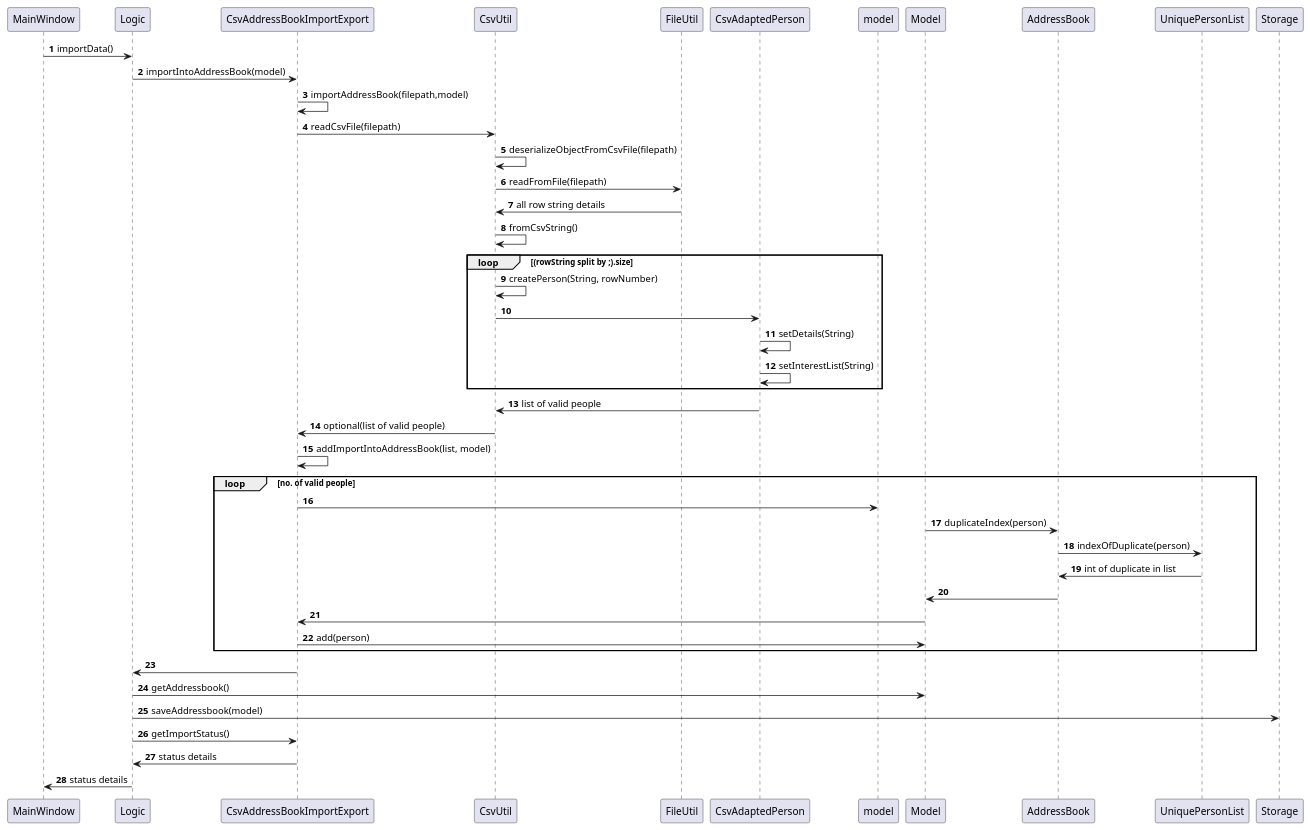
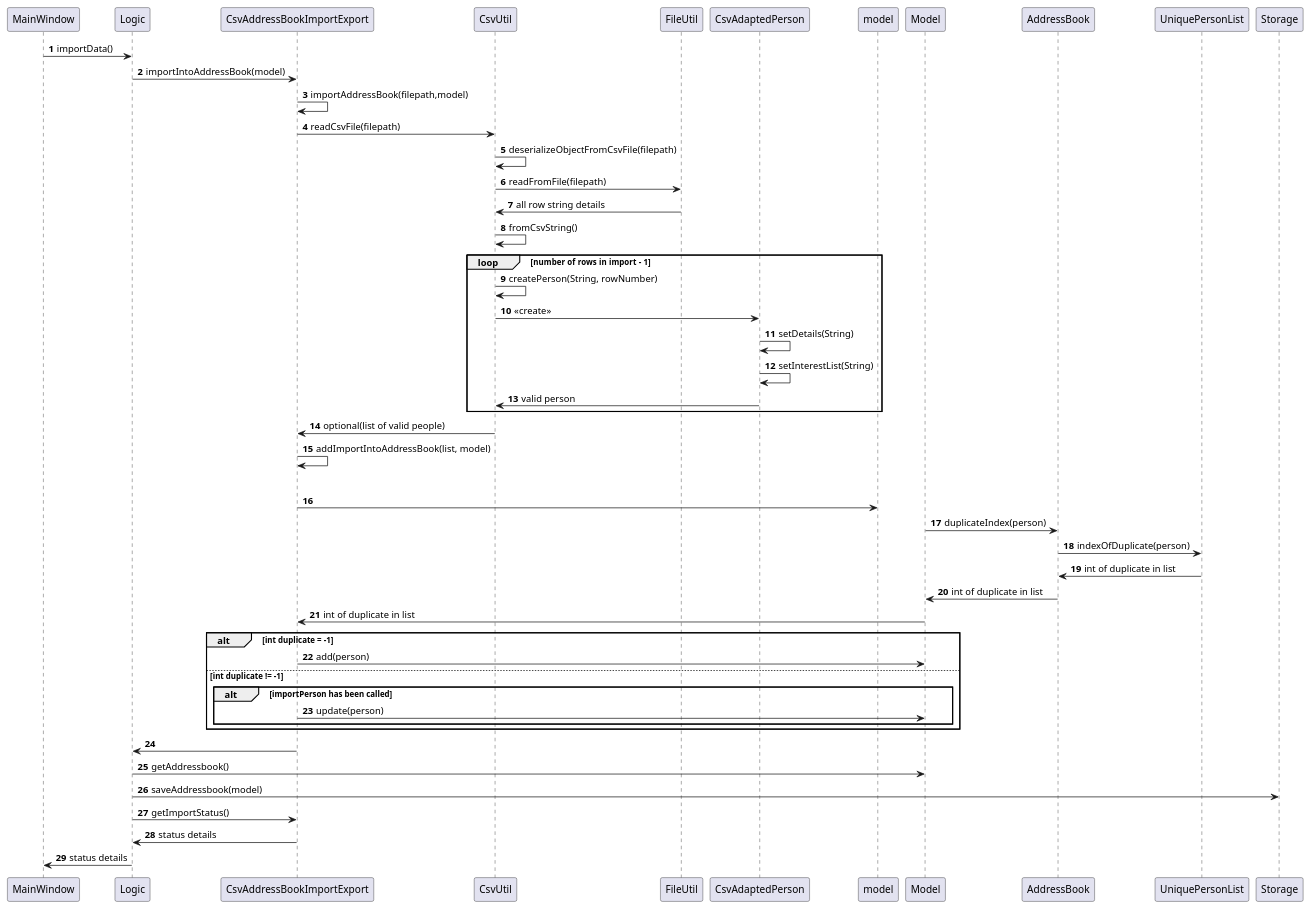
Before and after one commit to pranav-ganesh/tp: the diagram in docs/diagrams/ImportCsvSequenceDiagram.puml, drawn with PlantUML.

Commit message:
Fix add person looping

```diff
--- a/docs/diagrams/ImportCsvSequenceDiagram.puml
+++ b/docs/diagrams/ImportCsvSequenceDiagram.puml
@@ -1,43 +1,49 @@
 @startuml
 'https://plantuml.com/sequence-diagram
 
 autonumber
 
 MainWindow -> Logic: importData()
 Logic -> CsvAddressBookImportExport: importIntoAddressBook(model)
 CsvAddressBookImportExport -> CsvAddressBookImportExport: importAddressBook(filepath,model)
 CsvAddressBookImportExport -> CsvUtil: readCsvFile(filepath)
 CsvUtil -> CsvUtil: deserializeObjectFromCsvFile(filepath)
 CsvUtil -> FileUtil: readFromFile(filepath)
 CsvUtil <- FileUtil: all row string details
 CsvUtil -> CsvUtil: fromCsvString()
 
-loop (rowString split by ;).size
+loop number of  rows in import - 1
     CsvUtil -> CsvUtil: createPerson(String, rowNumber)
-    CsvUtil -> CsvAdaptedPerson
+    CsvUtil -> CsvAdaptedPerson: <<create>>
 
     CsvAdaptedPerson -> CsvAdaptedPerson: setDetails(String)
     CsvAdaptedPerson -> CsvAdaptedPerson: setInterestList(String)
+    CsvUtil <- CsvAdaptedPerson: valid person
     end
-CsvUtil <- CsvAdaptedPerson: list of valid people
+
 CsvAddressBookImportExport <- CsvUtil: optional(list of valid people)
 CsvAddressBookImportExport -> CsvAddressBookImportExport: addImportIntoAddressBook(list, model)
 
 loop no. of valid people
     CsvAddressBookImportExport  -> model
 	Model -> AddressBook: duplicateIndex(person)
 	AddressBook -> UniquePersonList : indexOfDuplicate(person)
 	AddressBook <- UniquePersonList : int of duplicate in list
-	Model <- AddressBook
-    CsvAddressBookImportExport <- Model
-    CsvAddressBookImportExport ->  Model: add(person)
+	Model <- AddressBook : int of duplicate in list
+    CsvAddressBookImportExport <- Model : int of duplicate in list
+    alt int duplicate = -1
+        CsvAddressBookImportExport ->  Model: add(person)
+    else int duplicate != -1
+        alt importPerson has been called
+            CsvAddressBookImportExport ->  Model: update(person)
+        end
     end
 
 Logic <- CsvAddressBookImportExport
 Logic -> Model: getAddressbook()
 Logic -> Storage: saveAddressbook(model)
 Logic -> CsvAddressBookImportExport: getImportStatus()
 Logic <- CsvAddressBookImportExport: status details
 MainWindow <- Logic: status details
 
 @enduml
```
